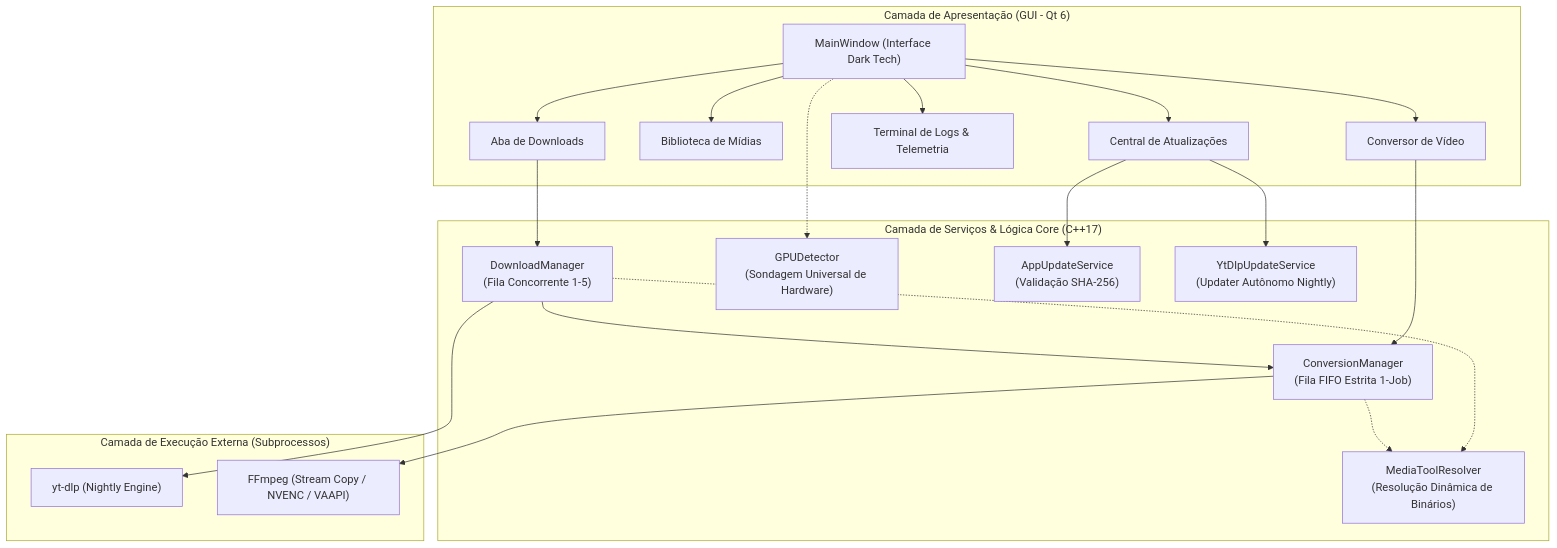
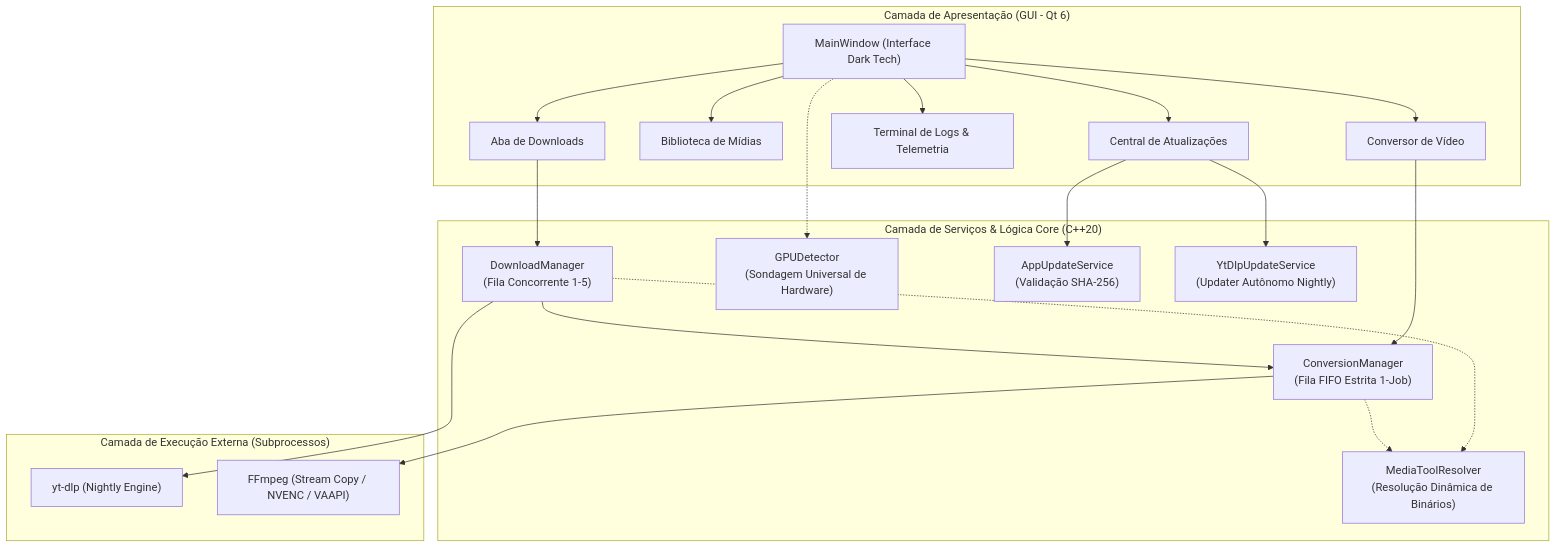
One commit to BadTonho/PrismDownloader changed the first of 3 diagrams in docs/pt/ARQUITETURA.md. Above: the diagram before and after it, drawn with Mermaid. The commit also changed other lines of this file and 8 other files, not shown here.

````diff
--- a/docs/pt/ARQUITETURA.md
+++ b/docs/pt/ARQUITETURA.md
@@ -15,36 +15,36 @@
 ```mermaid
 flowchart TD
     subgraph UI_Layer ["Camada de Apresentação (GUI - Qt 6)"]
         MW["MainWindow (Interface Dark Tech)"]
         DL_Tab["Aba de Downloads"]
         LIB_Tab["Biblioteca de Mídias"]
         CONV_Tab["Conversor de Vídeo"]
         LOG_Tab["Terminal de Logs & Telemetria"]
         UPD_Tab["Central de Atualizações"]
     end
 
-    subgraph Core_Services ["Camada de Serviços & Lógica Core (C++17)"]
+    subgraph Core_Services ["Camada de Serviços & Lógica Core (C++20)"]
         DM["DownloadManager\n(Fila Concorrente 1-5)"]
         CM["ConversionManager\n(Fila FIFO Estrita 1-Job)"]
         GD["GPUDetector\n(Sondagem Universal de Hardware)"]
         MTR["MediaToolResolver\n(Resolução Dinâmica de Binários)"]
         AUS["AppUpdateService\n(Validação SHA-256)"]
         YUS["YtDlpUpdateService\n(Updater Autônomo Nightly)"]
     end
 
     subgraph Engine_Layer ["Camada de Execução Externa (Subprocessos)"]
         YTDLP["yt-dlp (Nightly Engine)"]
         FFMPEG["FFmpeg (Stream Copy / NVENC / VAAPI)"]
     end
 
     MW --> DL_Tab & LIB_Tab & CONV_Tab & LOG_Tab & UPD_Tab
     DL_Tab --> DM
     CONV_Tab --> CM
     DM --> CM
     DM --> YTDLP
     CM --> FFMPEG
     DM -.-> MTR
     CM -.-> MTR
     UPD_Tab --> AUS & YUS
     MW -.-> GD
 ```
````
